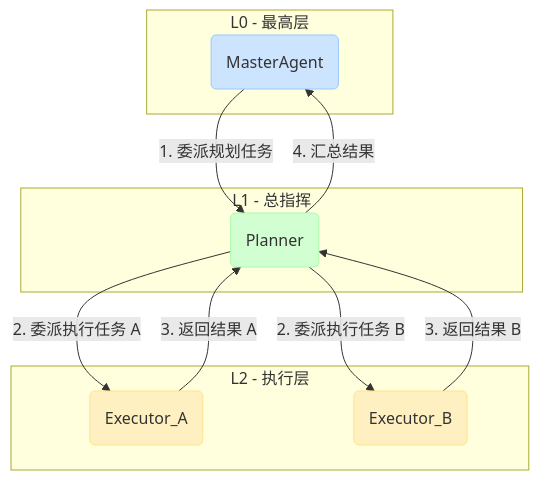
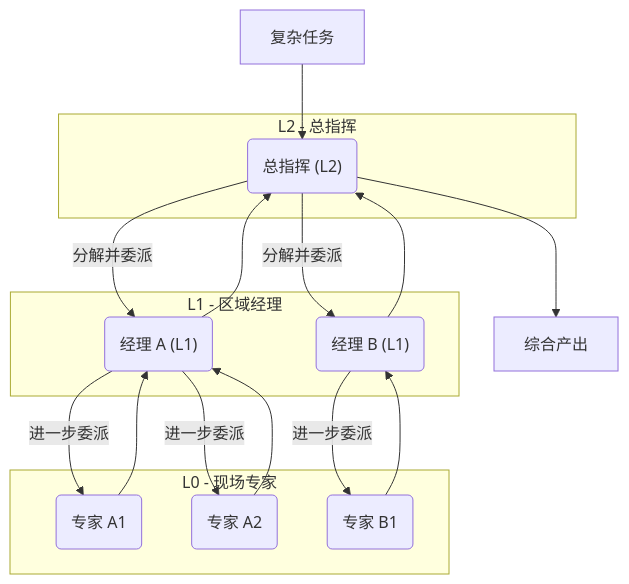
One commit to z-zsstar/AgentHive changed the diagram in README.md. Above: the diagram before and after it, drawn with Mermaid. The commit also changed other lines of this file and 1 other file, not shown here.

````diff
--- a/README.md
+++ b/README.md
@@ -33,28 +25,35 @@
-        ```mermaid
-        graph TD
-            subgraph L0 [L0 - 最高层]
-                Master(MasterAgent)
-            end
+```mermaid
+graph TD
+    subgraph L2 - 总指挥
+        Master("总指挥 (L2)")
+    end
 
-            subgraph L1 [L1 - 总指挥]
-                P1(Planner)
-            end
+    subgraph L1 - 区域经理
+        Manager_A("经理 A (L1)")
+        Manager_B("经理 B (L1)")
+    end
 
-            subgraph L2 [L2 - 执行层]
-                Exec_A(Executor_A)
-                Exec_B(Executor_B)
-            end
+    subgraph L0 - 现场专家
+        Worker_A1("专家 A1")
+        Worker_A2("专家 A2")
+        Worker_B1("专家 B1")
+    end
 
-            Master -- 1. 委派规划任务 --> P1
-            P1 -- 2. 委派执行任务 A --> Exec_A
-            P1 -- 2. 委派执行任务 B --> Exec_B
+    UserInput["复杂任务"] --> Master
+    
+    Master -- "分解并委派" --> Manager_A
+    Master -- "分解并委派" --> Manager_B
+    
+    Manager_A -- "进一步委派" --> Worker_A1
+    Manager_A -- "进一步委派" --> Worker_A2
+    Manager_B -- "进一步委派" --> Worker_B1
 
-            Exec_A -- 3. 返回结果 A --> P1
-            Exec_B -- 3. 返回结果 B --> P1
-            P1 -- 4. 汇总结果 --> Master
+    Worker_A1 --> Manager_A
+    Worker_A2 --> Manager_A
+    Worker_B1 --> Manager_B
 
-            style Master fill:#cde4ff,stroke:#99c7ff
-            style P1 fill:#d2ffd2,stroke:#a6fca6
-            style Exec_A fill:#fff0c1,stroke:#ffe38a
-            style Exec_B fill:#fff0c1,stroke:#ffe38a
-        ```
+    Manager_A --> Master
+    Manager_B --> Master
+    
+    Master --> FinalOutput["综合产出"]
+```
````
